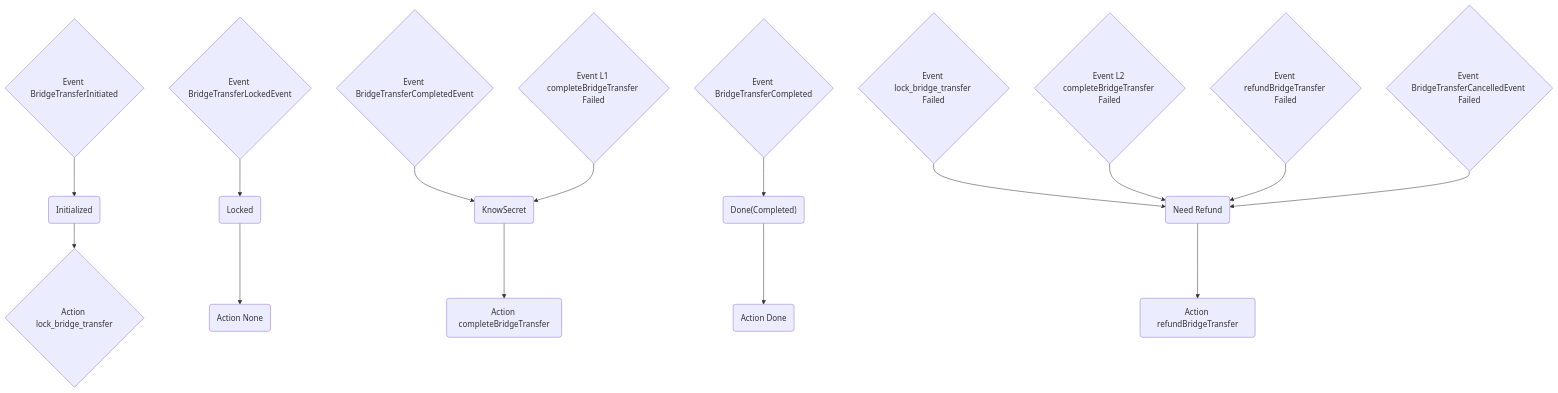
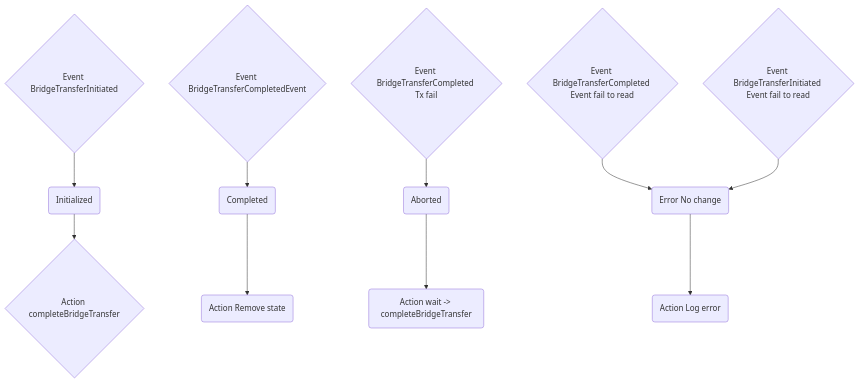
The second of 2 diagrams in protocol-units/bridge/state_logic.md (movementlabsxyz/movement), drawn with Mermaid before and after one commit. The commit also changed other lines of this file and 76 other files, not shown here.

````diff
--- a/protocol-units/bridge/state_logic.md
+++ b/protocol-units/bridge/state_logic.md
@@ -42,26 +18,17 @@
 ```mermaid
 flowchart TB
+
+  BE{"Event BridgeTransferInitiated"}-->BB("Initialized")
+  BB -->BA{"Action completeBridgeTransfer"}
+
+  CE{"Event BridgeTransferCompletedEvent"}-->CC("Completed")
+  CC -->CA("Action Remove state")
  
-  BE{"Event BridgeTransferInitiated"}-->BB("Initialized")
-  BB -->BA{"Action lock_bridge_transfer"}
+  DE{"Event BridgeTransferCompleted Tx fail"}-->DD("Aborted")
+  DD -->DA("Action wait -> completeBridgeTransfer")
 
-  CE{"Event BridgeTransferLockedEvent"}-->CC("Locked")
-  CC -->CA("Action None")
- 
-  DE{"Event BridgeTransferCompletedEvent"}-->DD("KnowSecret")
-  DD -->DA("Action completeBridgeTransfer")
-  DDE{"Event L1 completeBridgeTransfer Failed"}-->DD
-
-  EE{"Event BridgeTransferCompleted"}-->EEE("Done(Completed)")
-  EEE -->EA("Action Done")
-
-
-  FE{"Event lock_bridge_transfer Failed"}-->FF(""Need Refund"")
-  FF -->FA("Action refundBridgeTransfer")
-
-  GE{"Event L2 completeBridgeTransfer Failed"}-->FF
-  HE{"Event refundBridgeTransfer Failed"}-->FF
-  IE{"Event BridgeTransferCancelledEvent Failed"}-->FF
-
+  EE{"Event BridgeTransferCompleted Event fail to read"}-->EEE("Error No change")
+  EEE -->EA("Action Log error")
+  FE{"Event BridgeTransferInitiated Event fail to read"}-->EEE("Error No change")
  
 ```
````
